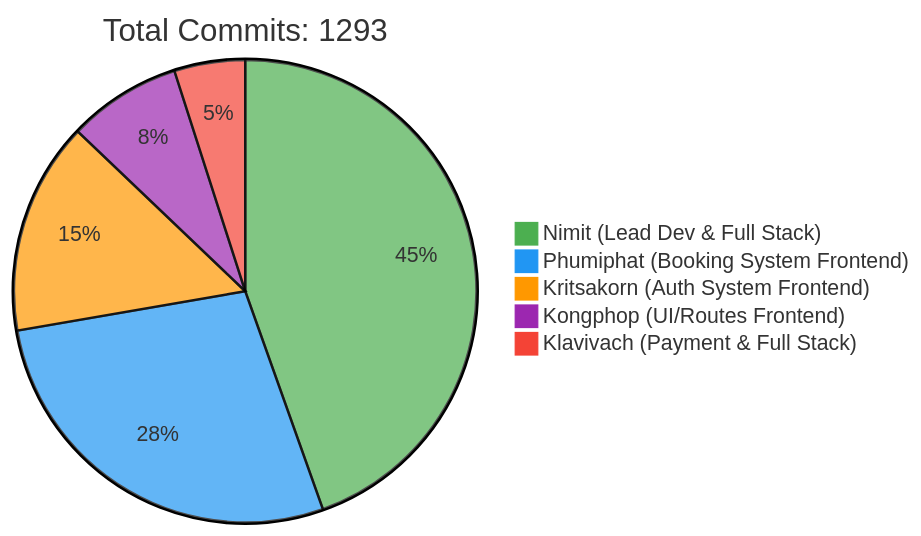
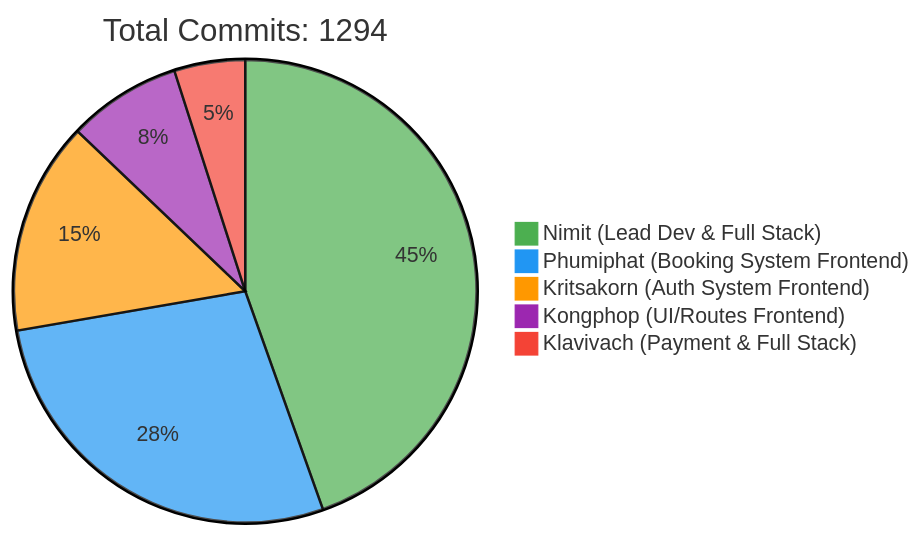
One commit to 6531503042/Sport-Complex changed the first of 2 diagrams in README.md. Above: the diagram before and after it, drawn with Mermaid. The commit also changed other lines of this file, not shown here.

Commit message:
docs: Update contributor statistics [skip ci]

````diff
--- a/README.md
+++ b/README.md
@@ -257,10 +257,10 @@
 ```mermaid
 %%{init: {'theme': 'base', 'themeVariables': { 'pie1': '#4CAF50', 'pie2': '#2196F3', 'pie3': '#FF9800', 'pie4': '#9C27B0', 'pie5': '#F44336'}}}%%
 pie
-    title Total Commits: 1293
+    title Total Commits: 1294
     "Nimit (Lead Dev & Full Stack)" : 450
     "Phumiphat (Booking System Frontend)" : 280
     "Kritsakorn (Auth System Frontend)" : 150
     "Kongphop (UI/Routes Frontend)" : 80
     "Klavivach (Payment & Full Stack)" : 50
 ```
````
